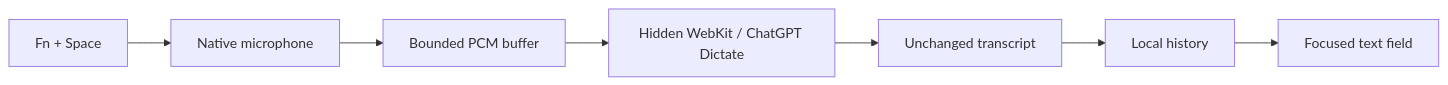
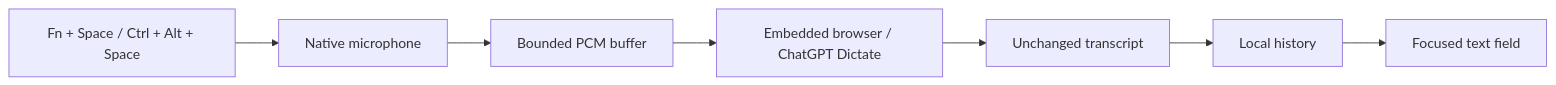
The diagram in README.md (rachitkothadia/FlowGPT), drawn with Mermaid before and after one commit. The commit also changed other lines of this file and 2 other files, not shown here.

Commit message:
Document the verified Windows preview and show the running native app

````diff
--- a/README.md
+++ b/README.md
@@ -85,9 +107,9 @@
 ```mermaid
 flowchart LR
-    A[Fn + Space] --> B[Native microphone]
+    A[Fn + Space / Ctrl + Alt + Space] --> B[Native microphone]
     B --> C[Bounded PCM buffer]
-    C --> D[Hidden WebKit / ChatGPT Dictate]
+    C --> D[Embedded browser / ChatGPT Dictate]
     D --> E[Unchanged transcript]
     E --> F[Local history]
     F --> G[Focused text field]
 ```
````
